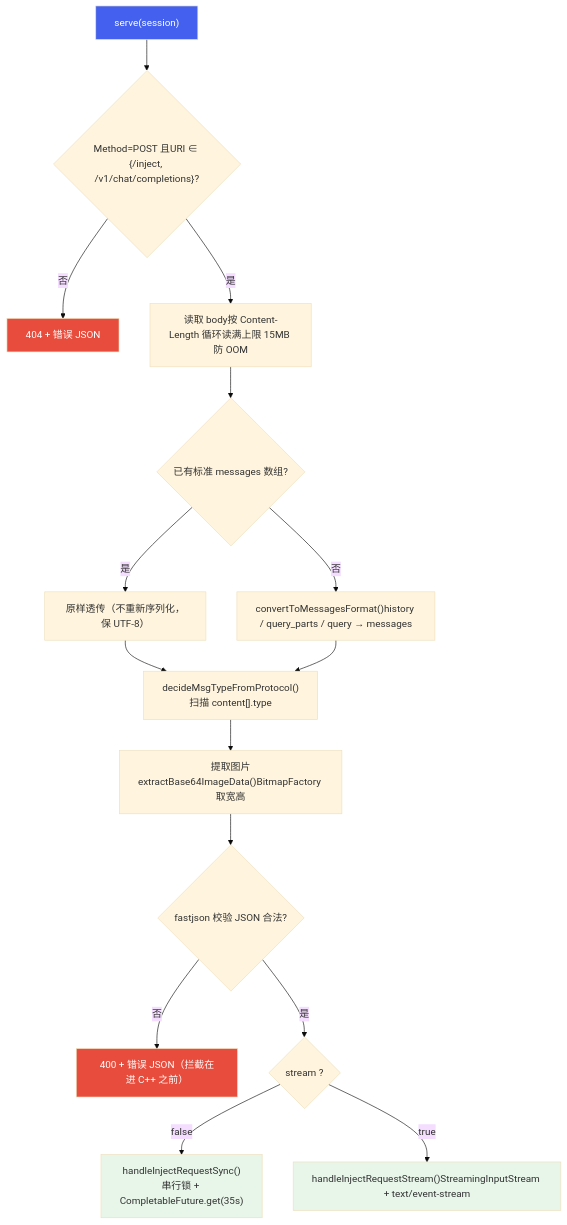
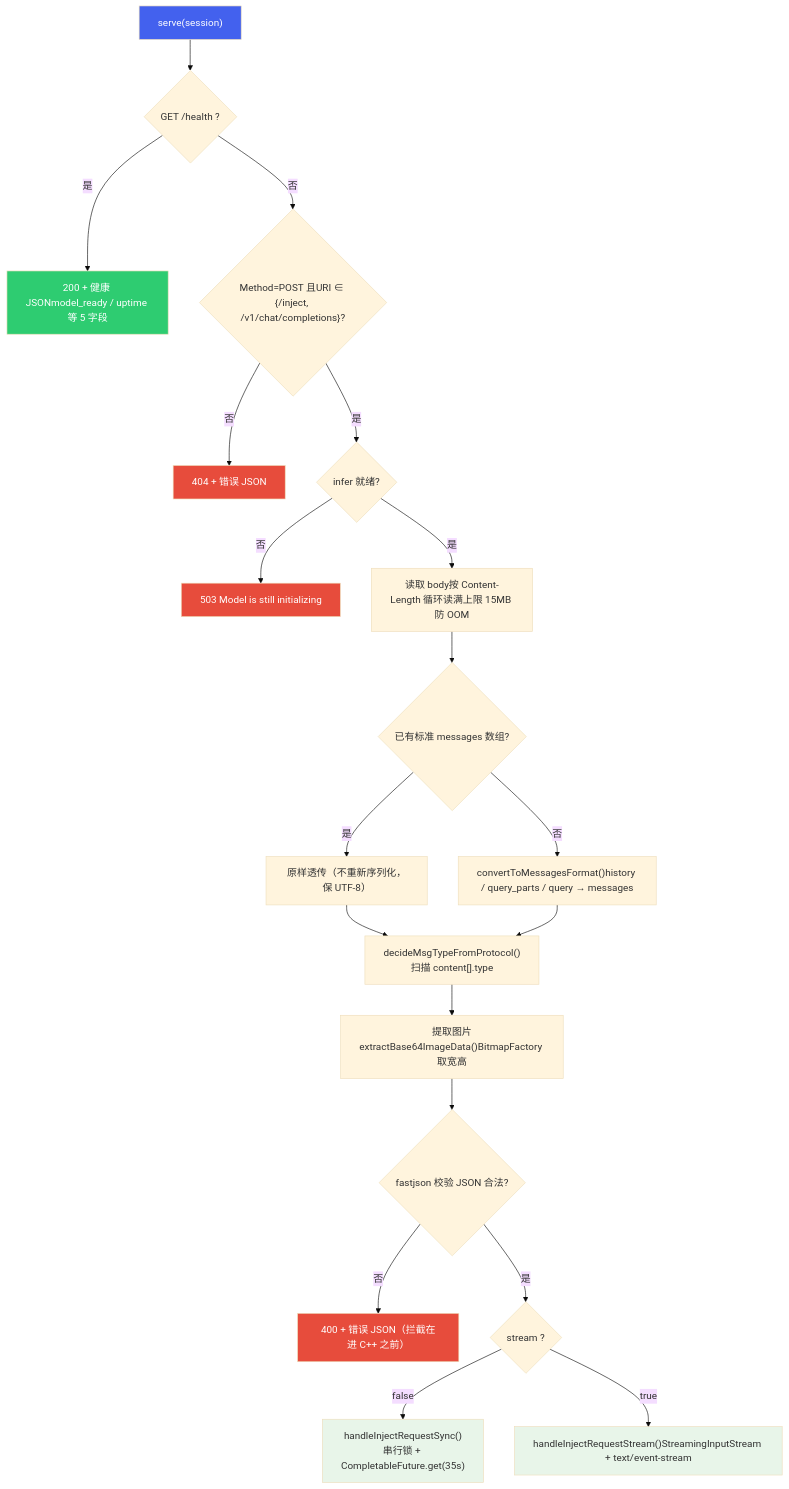
Before and after one commit to ranpin/edge-ai-docs: the third of 6 diagrams in cockpit/projects/lantu/apk-integration.md, drawn with Mermaid (base theme). The commit also changed other lines of this file and 10 other files, not shown here.

First line of the commit message:
refactor: 岚图项目层专家级修订（8→7 篇收敛 + 数据严谨性 + 车规内容充实）

````diff
--- a/cockpit/projects/lantu/apk-integration.md
+++ b/cockpit/projects/lantu/apk-integration.md
@@ -241,23 +263,29 @@
 ```mermaid
 flowchart TB
-    S["serve(session)"] --> M{"Method=POST 且URI ∈ {/inject, /v1/chat/completions}?"}
+    S["serve(session)"] --> H{"GET /health ?"}
+    H -->|是| HOK["200 + 健康 JSONmodel_ready / uptime 等 5 字段"]
+    H -->|否| M{"Method=POST 且URI ∈ {/inject, /v1/chat/completions}?"}
     M -->|否| E404["404 + 错误 JSON"]
-    M -->|是| R["读取 body按 Content-Length 循环读满上限 15MB 防 OOM"]
+    M -->|是| RDY{"infer 就绪?"}
+    RDY -->|否| E503["503 Model is still initializing"]
+    RDY -->|是| R["读取 body按 Content-Length 循环读满上限 15MB 防 OOM"]
     R --> P{"已有标准 messages 数组?"}
     P -->|是| KEEP["原样透传（不重新序列化，保 UTF-8）"]
     P -->|否| CONV["convertToMessagesFormat()history / query_parts / query → messages"]
     KEEP --> MT["decideMsgTypeFromProtocol()扫描 content[].type"]
     CONV --> MT
     MT --> IMG["提取图片extractBase64ImageData()BitmapFactory 取宽高"]
     IMG --> V{"fastjson 校验 JSON 合法?"}
     V -->|否| EBAD["400 + 错误 JSON（拦截在进 C++ 之前）"]
     V -->|是| ST{"stream ?"}
     ST -->|false| SYNC["handleInjectRequestSync()串行锁 + CompletableFuture.get(35s)"]
     ST -->|true| SSE["handleInjectRequestStream()StreamingInputStream + text/event-stream"]
 
     style S fill:#4361ee,color:#fff
+    style HOK fill:#2ecc71,color:#fff
     style EBAD fill:#e74c3c,color:#fff
     style E404 fill:#e74c3c,color:#fff
+    style E503 fill:#e74c3c,color:#fff
     style SYNC fill:#e8f5e9
     style SSE fill:#e8f5e9
 ```
````
